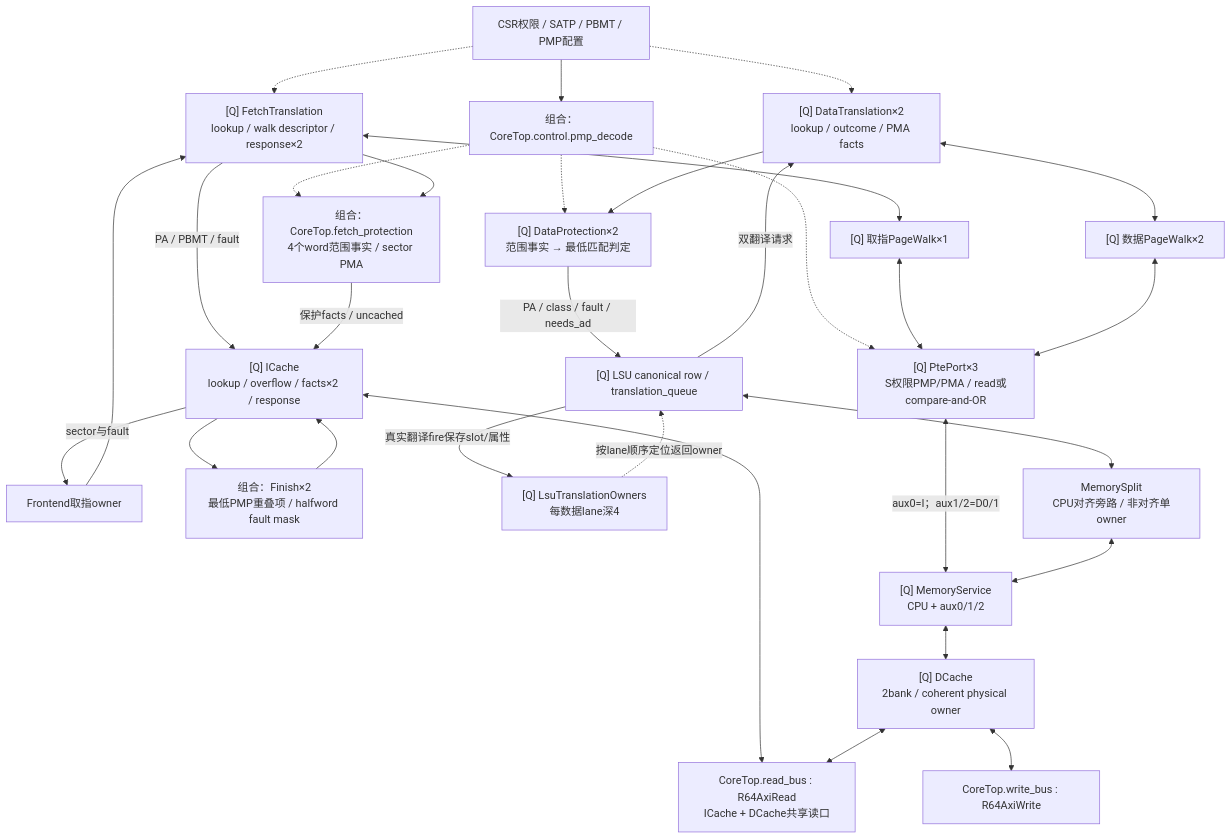
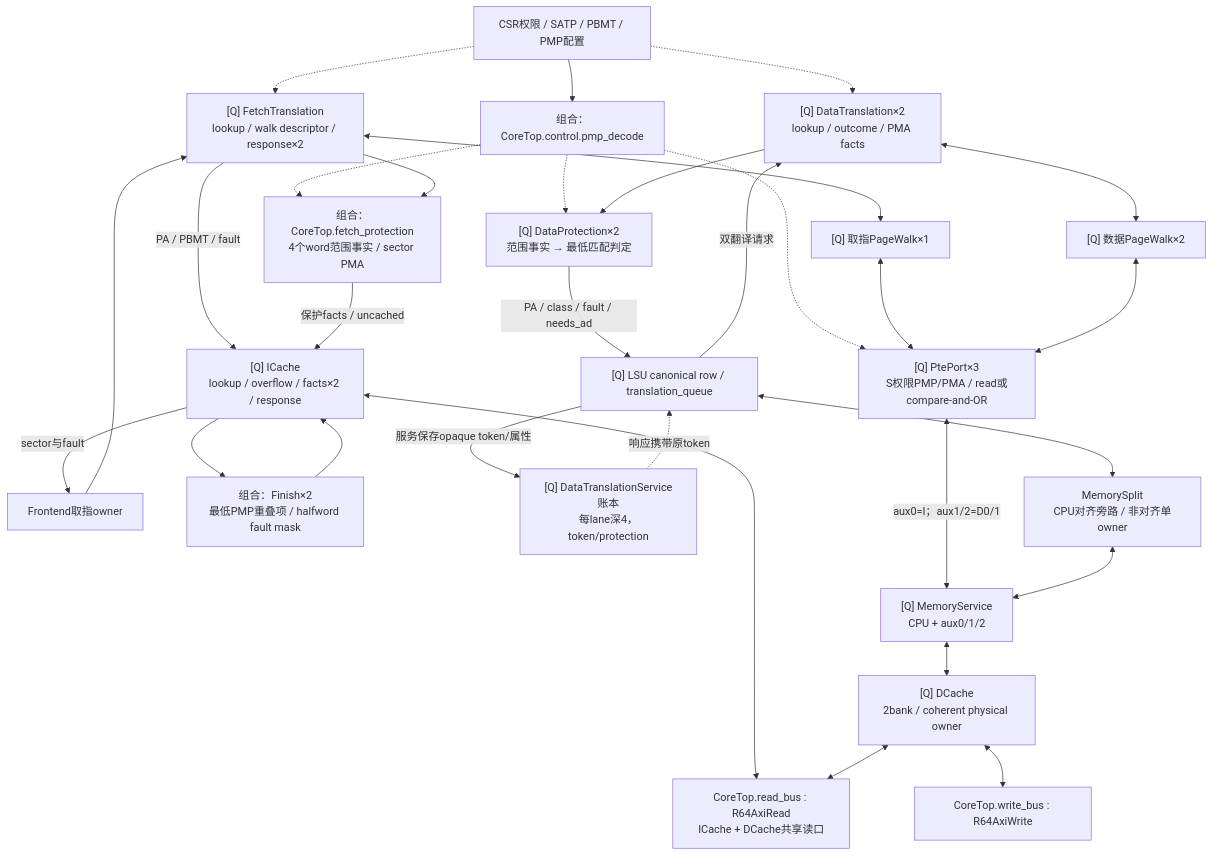
One commit to mcsaver/oscpu changed the diagram in npc/rv64/vsrc/memory/TOPOLOGY.md. Above: the diagram before and after it, drawn with Mermaid. The commit also changed other lines of this file and 227 other files, not shown here.

````diff
--- a/npc/rv64/vsrc/memory/TOPOLOGY.md
+++ b/npc/rv64/vsrc/memory/TOPOLOGY.md
@@ -87,47 +106,47 @@
 ```mermaid
 flowchart TB
   CSR["CSR权限 / SATP / PBMT / PMP配置"]
   PMP["组合：CoreTop.control.pmp_decode"]
   FE["Frontend取指owner"]
   FT["[Q] FetchTranslation<br/>lookup / walk descriptor / response×2"]
   FPRE["组合：CoreTop.fetch_protection<br/>4个word范围事实 / sector PMA"]
   IC["[Q] ICache<br/>lookup / overflow / facts×2 / response"]
   FEND["组合：Finish×2<br/>最低PMP重叠项 / halfword fault mask"]
   LSQ["[Q] LSU canonical row / translation_queue"]
-  XF["[Q] LsuTranslationOwners<br/>每数据lane深4"]
+  XF["[Q] DataTranslationService账本<br/>每lane深4，token/protection"]
   DT["[Q] DataTranslation×2<br/>lookup / outcome / PMA facts"]
   DP["[Q] DataProtection×2<br/>范围事实 → 最低匹配判定"]
   IW["[Q] 取指PageWalk×1"]
   DW["[Q] 数据PageWalk×2"]
   PP["[Q] PtePort×3<br/>S权限PMP/PMA / read或compare-and-OR"]
   SPLIT["MemorySplit<br/>CPU对齐旁路 / 非对齐单owner"]
   SERVICE["[Q] MemoryService<br/>CPU + aux0/1/2"]
   DC["[Q] DCache<br/>2bank / coherent physical owner"]
   RD["CoreTop.read_bus : R64AxiRead<br/>ICache + DCache共享读口"]
   WR["CoreTop.write_bus : R64AxiWrite"]
 
   CSR -.-> FT
   CSR -.-> DT
   CSR --> PMP
   PMP -.-> FPRE
   PMP -.-> DP
   PMP -.-> PP
   FE --> FT
   FT -->|PA / PBMT / fault| IC
   FT --> FPRE -->|保护facts / uncached| IC
   IC --> FEND --> IC
   IC -->|sector与fault| FE
   FT <--> IW
   LSQ -->|双翻译请求| DT
-  LSQ -->|真实翻译fire保存slot/属性| XF
+  LSQ -->|服务保存opaque token/属性| XF
   DT --> DP -->|PA / class / fault / needs_ad| LSQ
-  XF -.->|按lane顺序定位返回owner| LSQ
+  XF -.->|响应携带原token| LSQ
   DT <--> DW
   IW <--> PP
   DW <--> PP
   PP <-->|aux0=I；aux1/2=D0/1| SERVICE
   LSQ <--> SPLIT <--> SERVICE <--> DC
   IC <--> RD
   DC <--> RD
   DC <--> WR
 ```
````
